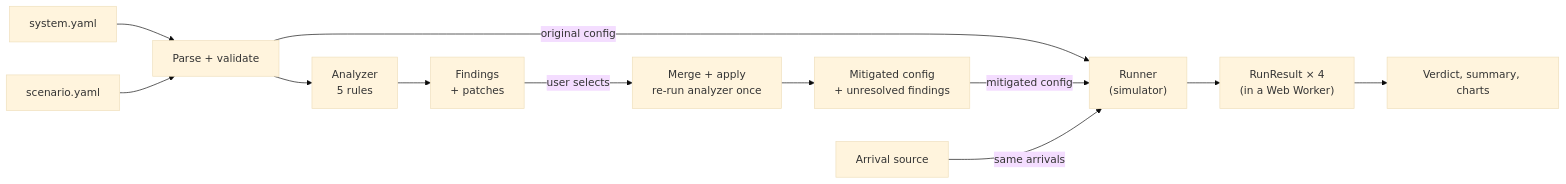
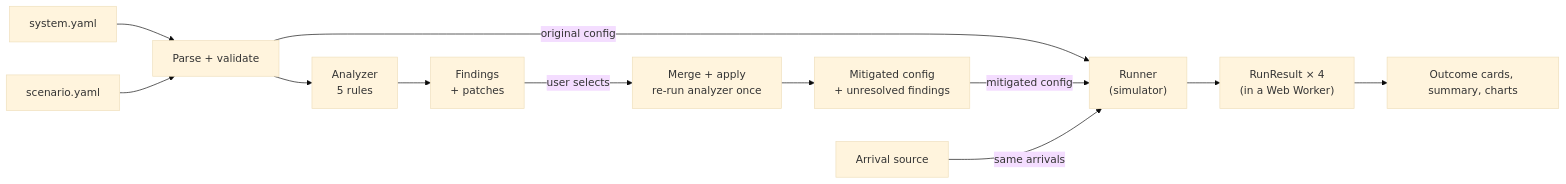
One commit to rgrandl/config-analyzer changed the first of 6 diagrams in DESIGN.md. Above: the diagram before and after it, drawn with Mermaid (base theme). The commit also changed other lines of this file and 16 other files, not shown here.

````diff
--- a/DESIGN.md
+++ b/DESIGN.md
@@ -43,14 +43,14 @@
 ```mermaid
 flowchart LR
     SYS["system.yaml"] --> P["Parse + validate"]
     SCN["scenario.yaml"] --> P
     P --> A["Analyzer<br/>5 rules"]
     A --> F["Findings<br/>+ patches"]
     F -->|user selects| M["Merge + apply<br/>re-run analyzer once"]
     M --> MC["Mitigated config<br/>+ unresolved findings"]
     P -->|original config| R["Runner<br/>(simulator)"]
     MC -->|mitigated config| R
     AS["Arrival source"] -->|same arrivals| R
     R --> RR["RunResult × 4<br/>(in a Web Worker)"]
-    RR --> UI["Verdict, summary, charts"]
+    RR --> UI["Outcome cards, summary, charts"]
 ```
````
